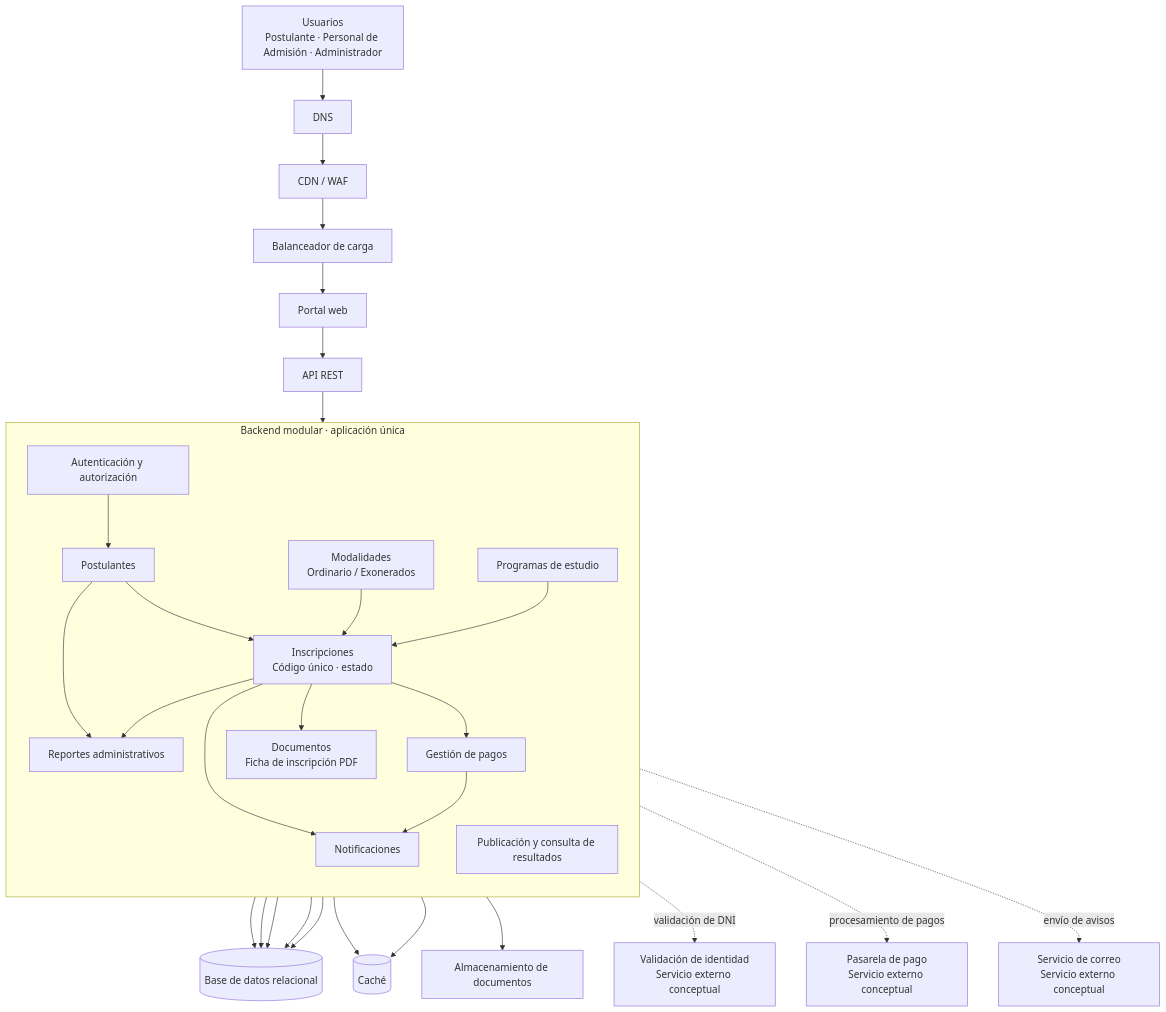
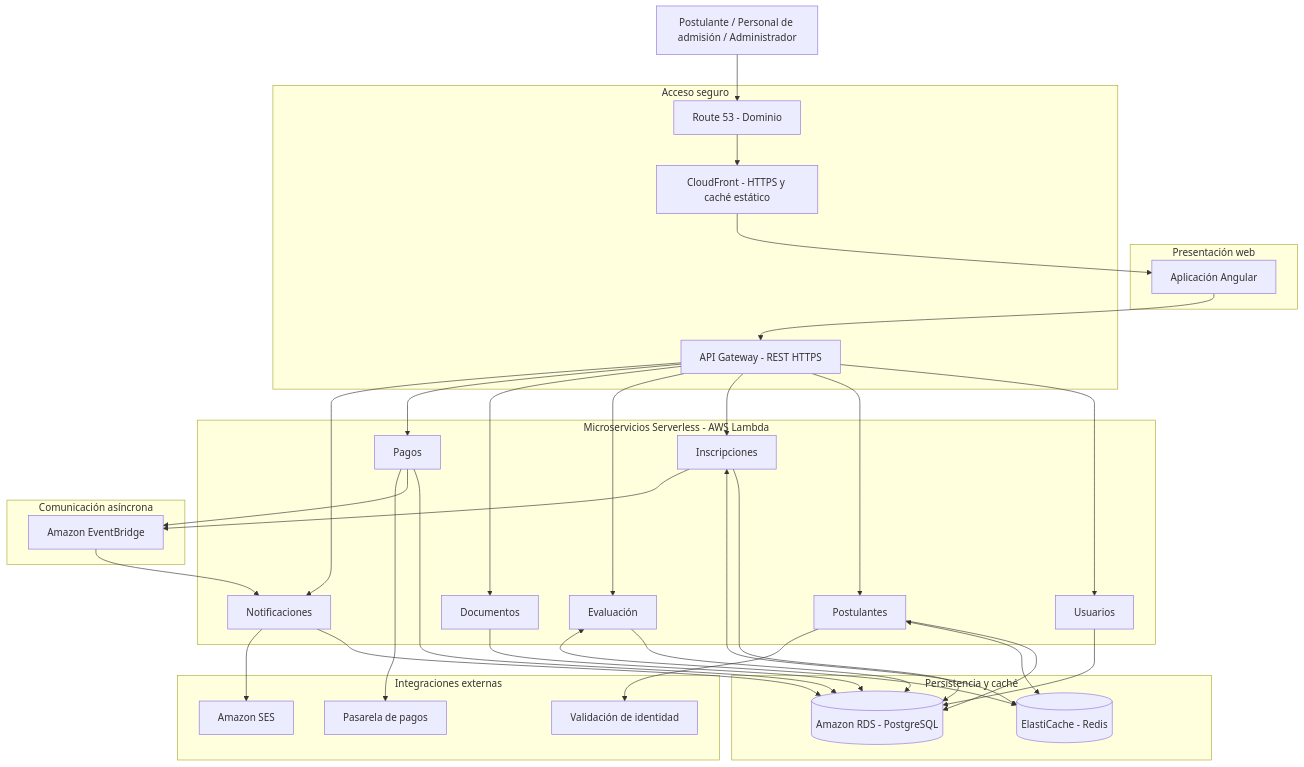
One commit to DiegoCoras06/ENTREGABLE-01-PROPUESTA-INICIAL-DEL-PROYECTO changed the first of 3 diagrams in Arquitectura/07-arquitectura-inicial.md. Above: the diagram before and after it, drawn with Mermaid. The commit also changed other lines of this file and 14 other files, not shown here.

````diff
--- a/Arquitectura/07-arquitectura-inicial.md
+++ b/Arquitectura/07-arquitectura-inicial.md
@@ -17,52 +17,72 @@
 ```mermaid
 flowchart TB
-        USERS["Usuarios<br/>Postulante · Personal de Admisión · Administrador"] --> DNS["DNS"]
-        DNS --> EDGE["CDN / WAF"]
-        EDGE --> LB["Balanceador de carga"]
-        LB --> WEB["Portal web"]
-        WEB --> API["API REST"]
+    U["Postulante / Personal de admisión / Administrador"]
 
-        subgraph APP["Backend modular · aplicación única"]
-                direction TB
-                AUTH["Autenticación y autorización"]
-                APPLICANTS["Postulantes"]
-                ENROLLMENTS["Inscripciones<br/>Código único · estado"]
-                MODES["Modalidades<br/>Ordinario / Exonerados"]
-                PROGRAMS["Programas de estudio"]
-                PAYMENTS["Gestión de pagos"]
-                DOCUMENTS["Documentos<br/>Ficha de inscripción PDF"]
-                RESULTS["Publicación y consulta de resultados"]
-                REPORTS["Reportes administrativos"]
-                NOTIFICATIONS["Notificaciones"]
+    subgraph WEB["Presentación web"]
+        FE["Aplicación Angular"]
+    end
 
-                AUTH --> APPLICANTS --> ENROLLMENTS
-                MODES --> ENROLLMENTS
-                PROGRAMS --> ENROLLMENTS
-                ENROLLMENTS --> PAYMENTS
-                ENROLLMENTS --> DOCUMENTS
-                ENROLLMENTS --> NOTIFICATIONS
-                PAYMENTS --> NOTIFICATIONS
-                APPLICANTS --> REPORTS
-                ENROLLMENTS --> REPORTS
-        end
+    subgraph ACCESO["Acceso seguro"]
+        DNS["Route 53 - Dominio"]
+        CDN["CloudFront - HTTPS y caché estático"]
+        API["API Gateway - REST HTTPS"]
+    end
 
-        API --> AUTH
-        DB[("Base de datos relacional")]
-        CACHE[("Caché")]
-        FILES["Almacenamiento de documentos"]
-        IDENTITY["Validación de identidad<br/>Servicio externo conceptual"]
-        GATEWAY["Pasarela de pago<br/>Servicio externo conceptual"]
-        EMAIL["Servicio de correo<br/>Servicio externo conceptual"]
+    subgraph MS["Microservicios Serverless - AWS Lambda"]
+        US["Usuarios"]
+        PO["Postulantes"]
+        IN["Inscripciones"]
+        EV["Evaluación"]
+        DO["Documentos"]
+        PA["Pagos"]
+        NO["Notificaciones"]
+    end
 
-        APPLICANTS --> DB
-        ENROLLMENTS --> DB
-        PAYMENTS --> DB
-        RESULTS --> DB
-        REPORTS --> DB
-        MODES --> CACHE
-        PROGRAMS --> CACHE
-        DOCUMENTS --> FILES
-        APPLICANTS -. "validación de DNI" .-> IDENTITY
-        PAYMENTS -. "procesamiento de pagos" .-> GATEWAY
-        NOTIFICATIONS -. "envío de avisos" .-> EMAIL
+    subgraph DATOS["Persistencia y caché"]
+        DB[("Amazon RDS - PostgreSQL")]
+        CACHE[("ElastiCache - Redis")]
+    end
+
+    subgraph EVENTOS["Comunicación asíncrona"]
+        EB["Amazon EventBridge"]
+    end
+
+    subgraph EXTERNOS["Integraciones externas"]
+        ID["Validación de identidad"]
+        PG["Pasarela de pagos"]
+        SES["Amazon SES"]
+    end
+
+    U --> DNS
+    DNS --> CDN
+    CDN --> FE
+    FE --> API
+
+    API --> US
+    API --> PO
+    API --> IN
+    API --> EV
+    API --> DO
+    API --> PA
+    API --> NO
+
+    US --> DB
+    PO --> DB
+    IN --> DB
+    EV --> DB
+    DO --> DB
+    PA --> DB
+    NO --> DB
+
+    PO <--> CACHE
+    IN <--> CACHE
+    EV <--> CACHE
+
+    IN --> EB
+    PA --> EB
+    EB --> NO
+
+    PO --> ID
+    PA --> PG
+    NO --> SES
 ```
````
